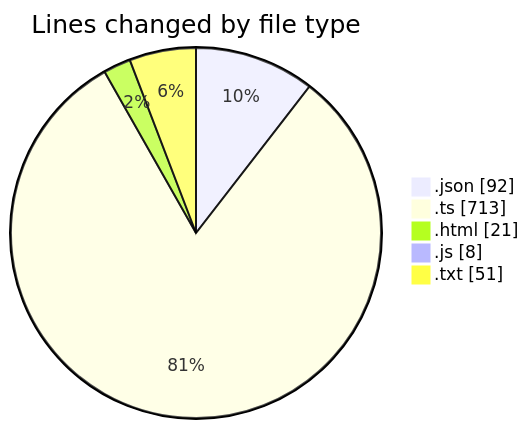
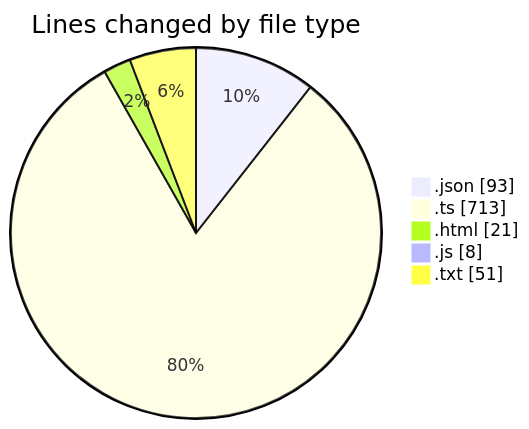
The first of 2 diagrams in 2026-02-02/singularitybrainai/README.md (tmsrecording-cyber/code-tracking), drawn with Mermaid before and after one commit. The commit also changed other lines of this file and 1 other file, not shown here.

````diff
--- a/2026-02-02/singularitybrainai/README.md
+++ b/2026-02-02/singularitybrainai/README.md
@@ -28,9 +28,9 @@
 ```mermaid
 pie showData
 title Lines changed by file type
-".json" : 92
+".json" : 93
 ".ts" : 713
 ".html" : 21
 ".js" : 8
 ".txt" : 51
 ```
````
